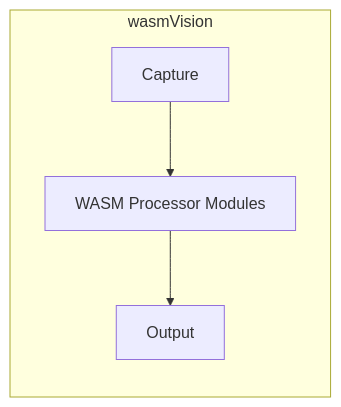
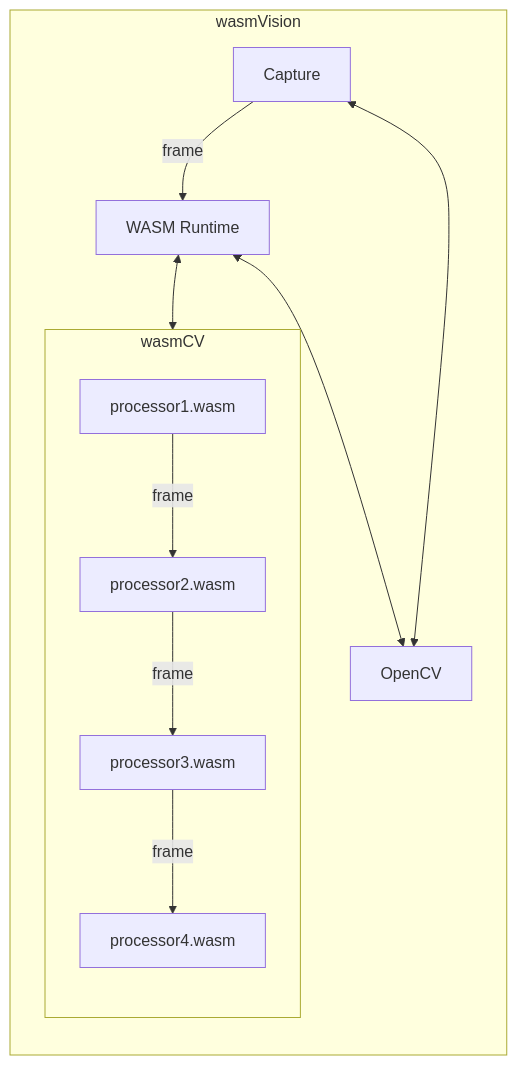
The diagram in README.md (wasmvision/wasmvision), drawn with Mermaid before and after one commit. The commit also changed 1 other file, not shown here.

Commit message:
docs: updated architecture diagrams

````diff
--- a/README.md
+++ b/README.md
@@ -7,7 +7,14 @@
 ```mermaid
 flowchart LR
     subgraph wasmVision
-        Capture-->P[WASM Processor Modules]
-        P-->Output
+        Capture--frame-->Runtime[WASM Runtime]
+        Capture<-->OpenCV
+        Runtime<-->wasmCV
+        Runtime<-->OpenCV
+    end
+    subgraph wasmCV
+        processor1.wasm--frame-->processor2.wasm
+        processor2.wasm--frame-->processor3.wasm
+        processor3.wasm--frame-->processor4.wasm
     end
 ```
````
